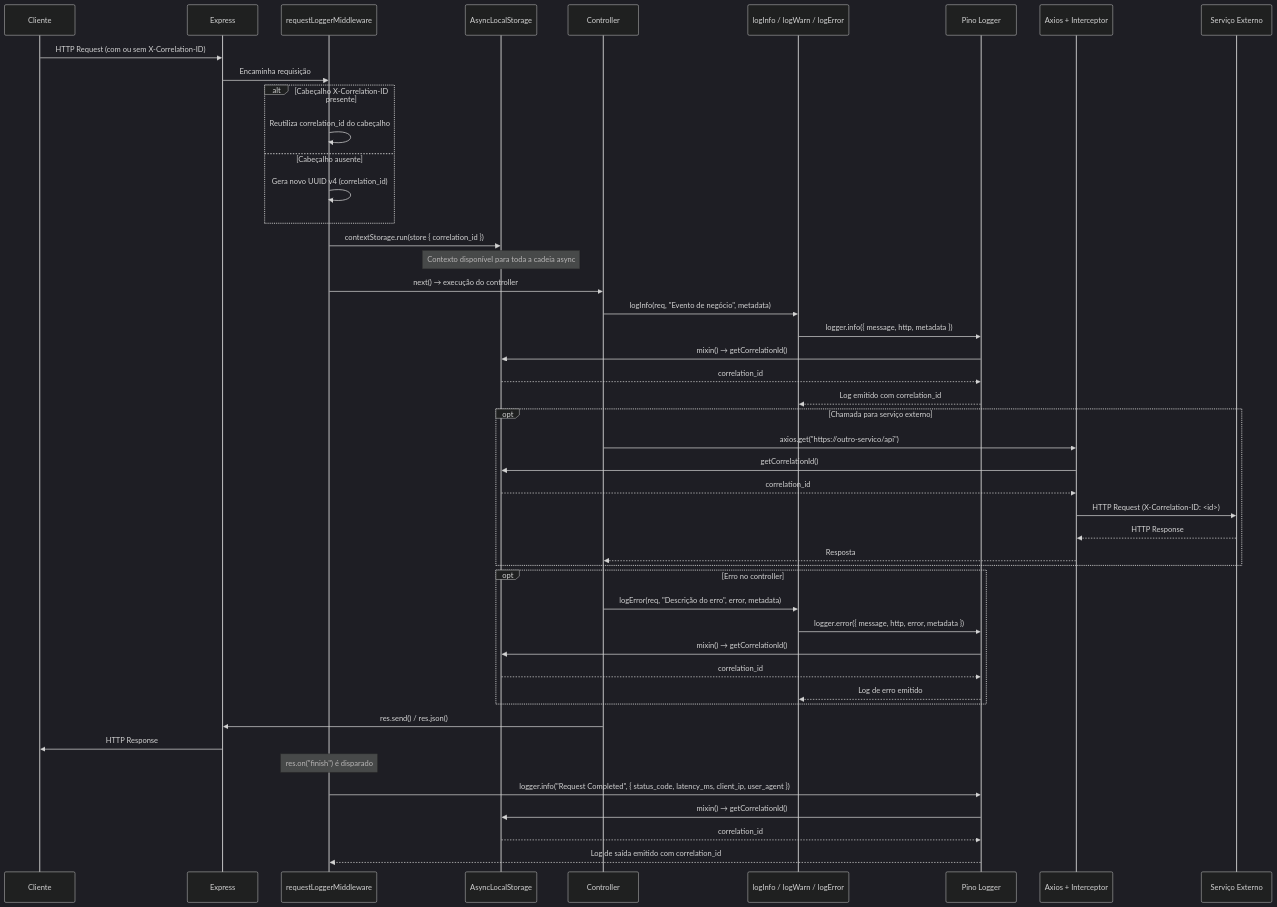
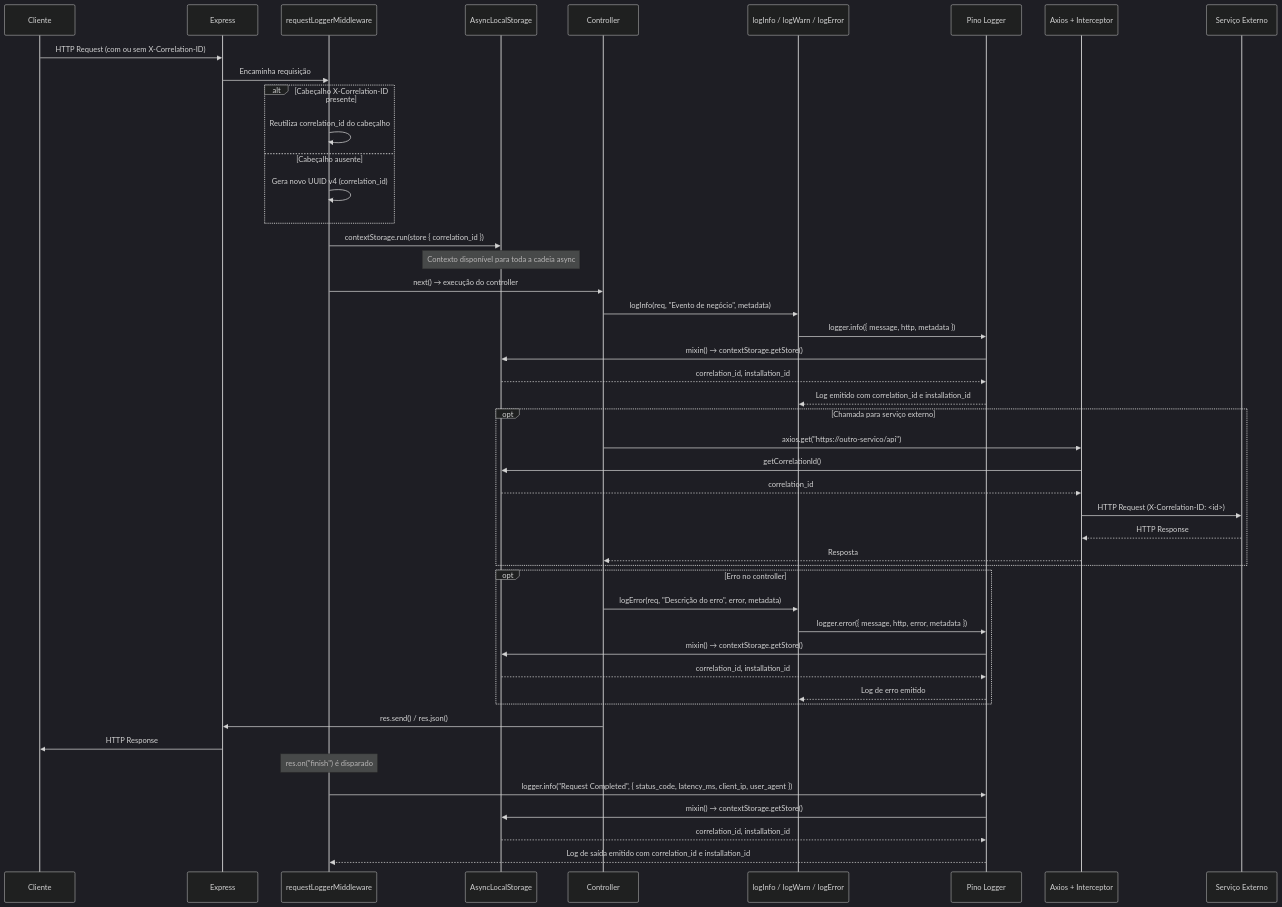
One commit to Fcsscoder/observability-lib changed the diagram in docs/README.md. Above: the diagram before and after it, drawn with Mermaid (dark theme).

Commit message:
docs: atualiza diagrama de sequência com installation_id no contexto de log
O mixin do logger passou a ler de contextStorage.getStore() (correlation_id
+ installation_id) em vez de getCorrelationId(); o diagrama documentado
ainda mostrava só o correlation_id.

````diff
--- a/docs/README.md
+++ b/docs/README.md
@@ -164,58 +164,58 @@
 ```mermaid
 sequenceDiagram
     participant Cliente
     participant Express
     participant Middleware as requestLoggerMiddleware
     participant ALS as AsyncLocalStorage
     participant Controller
     participant Helpers as logInfo / logWarn / logError
     participant Logger as Pino Logger
     participant Axios as Axios + Interceptor
     participant ServicoExterno as Serviço Externo
 
     Cliente->>Express: HTTP Request (com ou sem X-Correlation-ID)
     Express->>Middleware: Encaminha requisição
 
     alt Cabeçalho X-Correlation-ID presente
         Middleware->>Middleware: Reutiliza correlation_id do cabeçalho
     else Cabeçalho ausente
         Middleware->>Middleware: Gera novo UUID v4 (correlation_id)
     end
 
     Middleware->>ALS: contextStorage.run(store { correlation_id })
     Note over ALS: Contexto disponível para toda a cadeia async
 
     Middleware->>Controller: next() → execução do controller
 
     Controller->>Helpers: logInfo(req, "Evento de negócio", metadata)
     Helpers->>Logger: logger.info({ message, http, metadata })
-    Logger->>ALS: mixin() → getCorrelationId()
-    ALS-->>Logger: correlation_id
-    Logger-->>Helpers: Log emitido com correlation_id
+    Logger->>ALS: mixin() → contextStorage.getStore()
+    ALS-->>Logger: correlation_id, installation_id
+    Logger-->>Helpers: Log emitido com correlation_id e installation_id
 
     opt Chamada para serviço externo
         Controller->>Axios: axios.get("https://outro-servico/api")
         Axios->>ALS: getCorrelationId()
         ALS-->>Axios: correlation_id
         Axios->>ServicoExterno: HTTP Request (X-Correlation-ID: <id>)
         ServicoExterno-->>Axios: HTTP Response
         Axios-->>Controller: Resposta
     end
 
     opt Erro no controller
         Controller->>Helpers: logError(req, "Descrição do erro", error, metadata)
         Helpers->>Logger: logger.error({ message, http, error, metadata })
-        Logger->>ALS: mixin() → getCorrelationId()
-        ALS-->>Logger: correlation_id
+        Logger->>ALS: mixin() → contextStorage.getStore()
+        ALS-->>Logger: correlation_id, installation_id
         Logger-->>Helpers: Log de erro emitido
     end
 
     Controller->>Express: res.send() / res.json()
     Express->>Cliente: HTTP Response
 
     Note over Middleware: res.on("finish") é disparado
     Middleware->>Logger: logger.info("Request Completed", { status_code, latency_ms, client_ip, user_agent })
-    Logger->>ALS: mixin() → getCorrelationId()
-    ALS-->>Logger: correlation_id
-    Logger-->>Middleware: Log de saída emitido com correlation_id
+    Logger->>ALS: mixin() → contextStorage.getStore()
+    ALS-->>Logger: correlation_id, installation_id
+    Logger-->>Middleware: Log de saída emitido com correlation_id e installation_id
 ```
````
